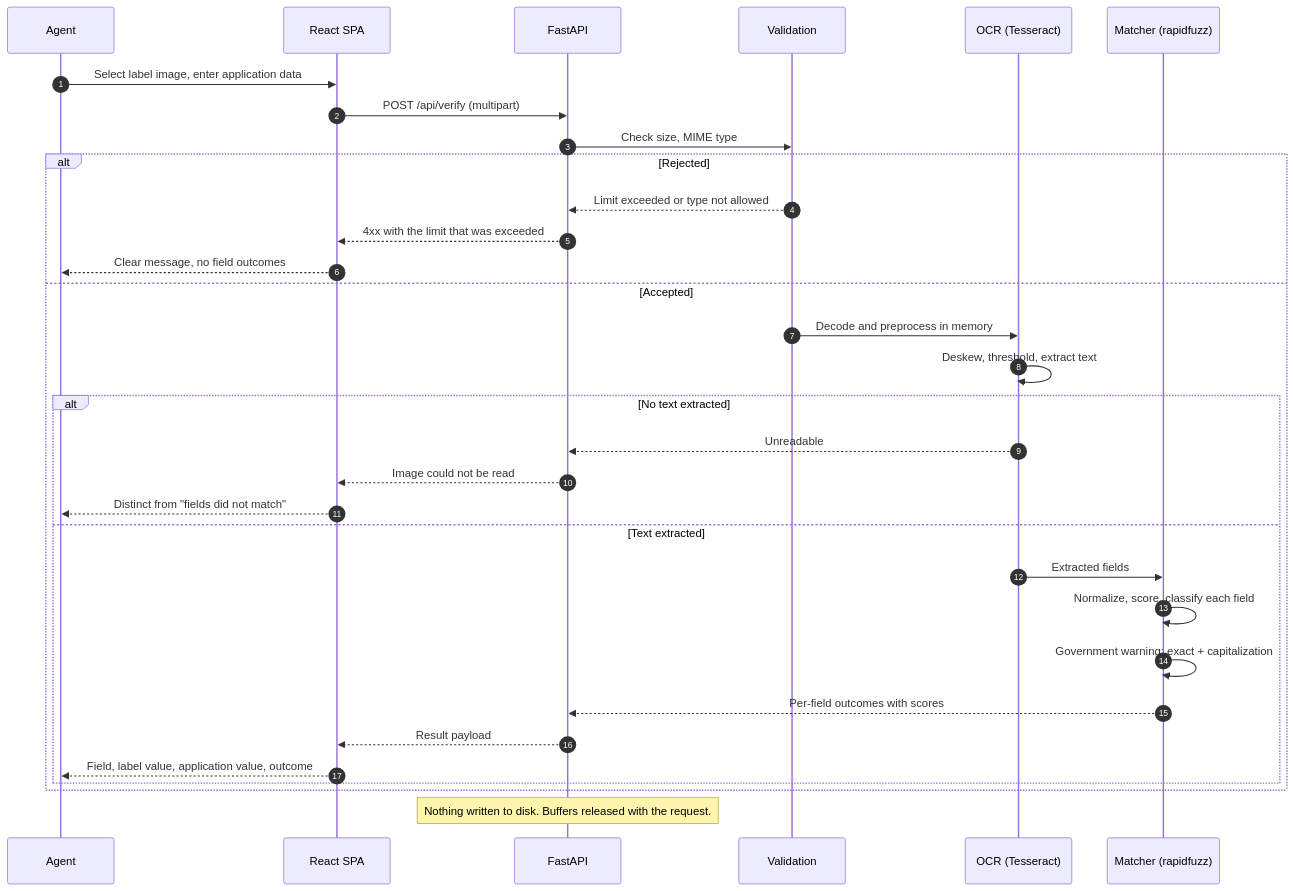
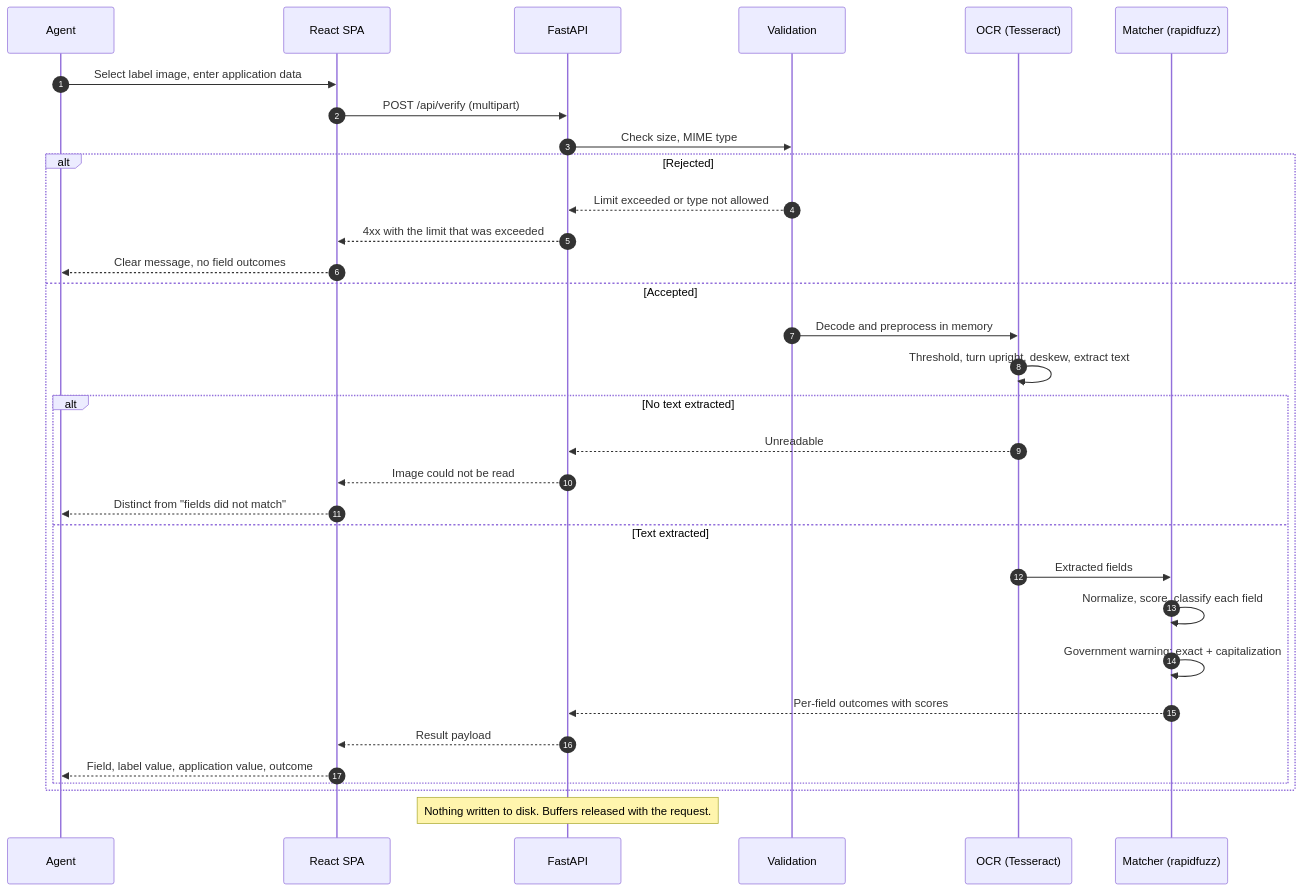
Before and after one commit to kimkight/26-DO-12891471-DH_T_ITS_AI_THT: the third of 4 diagrams in docs/05_ARCHITECTURE.md, drawn with Mermaid. The commit also changed other lines of this file and 23 other files, not shown here.

First line of the commit message:
feat(ocr): turn sideways photographs upright and rejoin hyphenated warnings

````diff
--- a/docs/05_ARCHITECTURE.md
+++ b/docs/05_ARCHITECTURE.md
@@ -83,35 +83,35 @@
 ```mermaid
 sequenceDiagram
     autonumber
     participant A as Agent
     participant F as React SPA
     participant API as FastAPI
     participant V as Validation
     participant O as OCR (Tesseract)
     participant M as Matcher (rapidfuzz)
 
     A->>F: Select label image, enter application data
     F->>API: POST /api/verify (multipart)
     API->>V: Check size, MIME type
     alt Rejected
         V-->>API: Limit exceeded or type not allowed
         API-->>F: 4xx with the limit that was exceeded
         F-->>A: Clear message, no field outcomes
     else Accepted
         V->>O: Decode and preprocess in memory
-        O->>O: Deskew, threshold, extract text
+        O->>O: Threshold, turn upright, deskew, extract text
         alt No text extracted
             O-->>API: Unreadable
             API-->>F: Image could not be read
             F-->>A: Distinct from "fields did not match"
         else Text extracted
             O->>M: Extracted fields
             M->>M: Normalize, score, classify each field
             M->>M: Government warning: exact + capitalization
             M-->>API: Per-field outcomes with scores
             API-->>F: Result payload
             F-->>A: Field, label value, application value, outcome
         end
     end
     Note over API: Nothing written to disk. Buffers released with the request.
 ```
````
